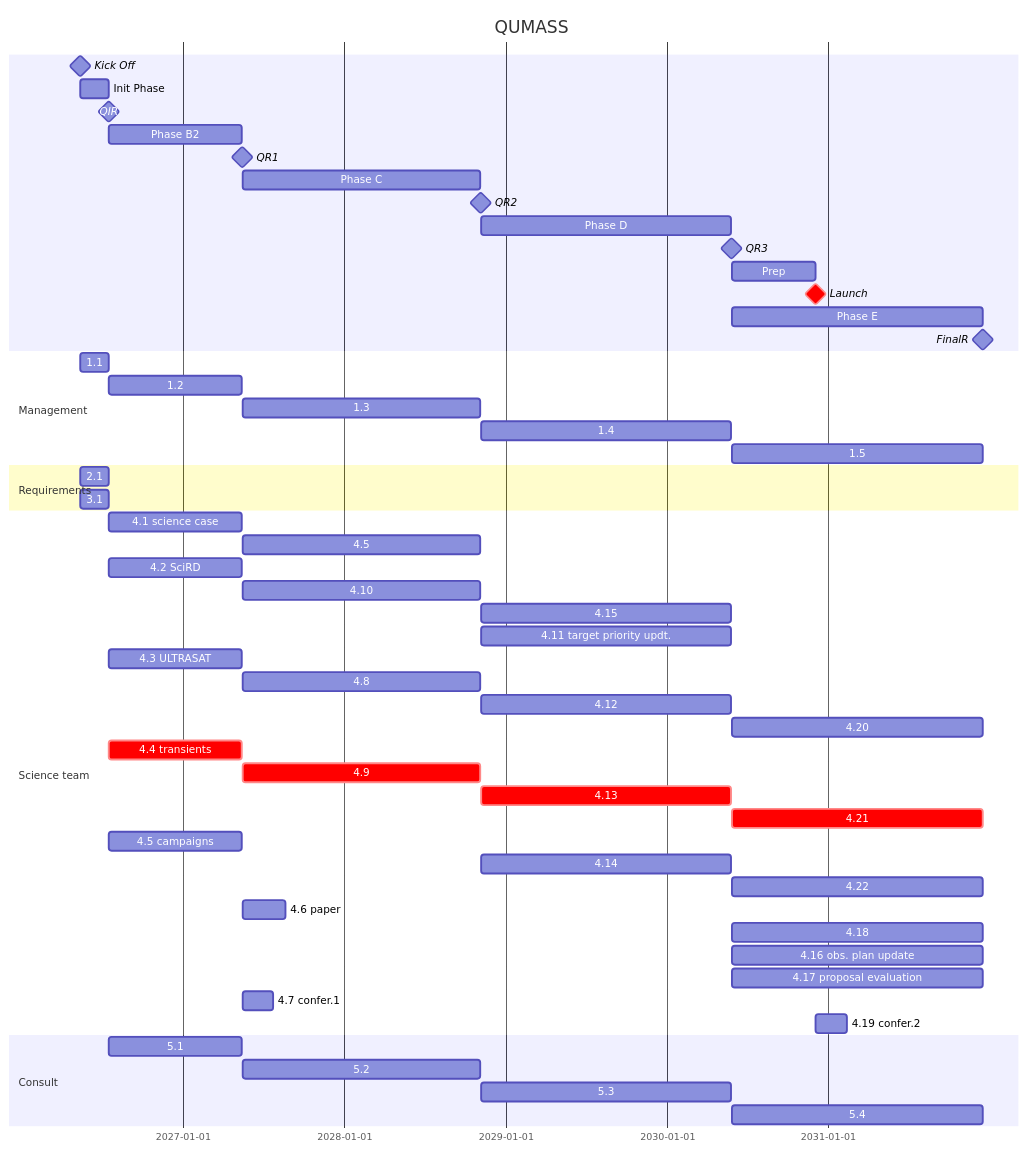
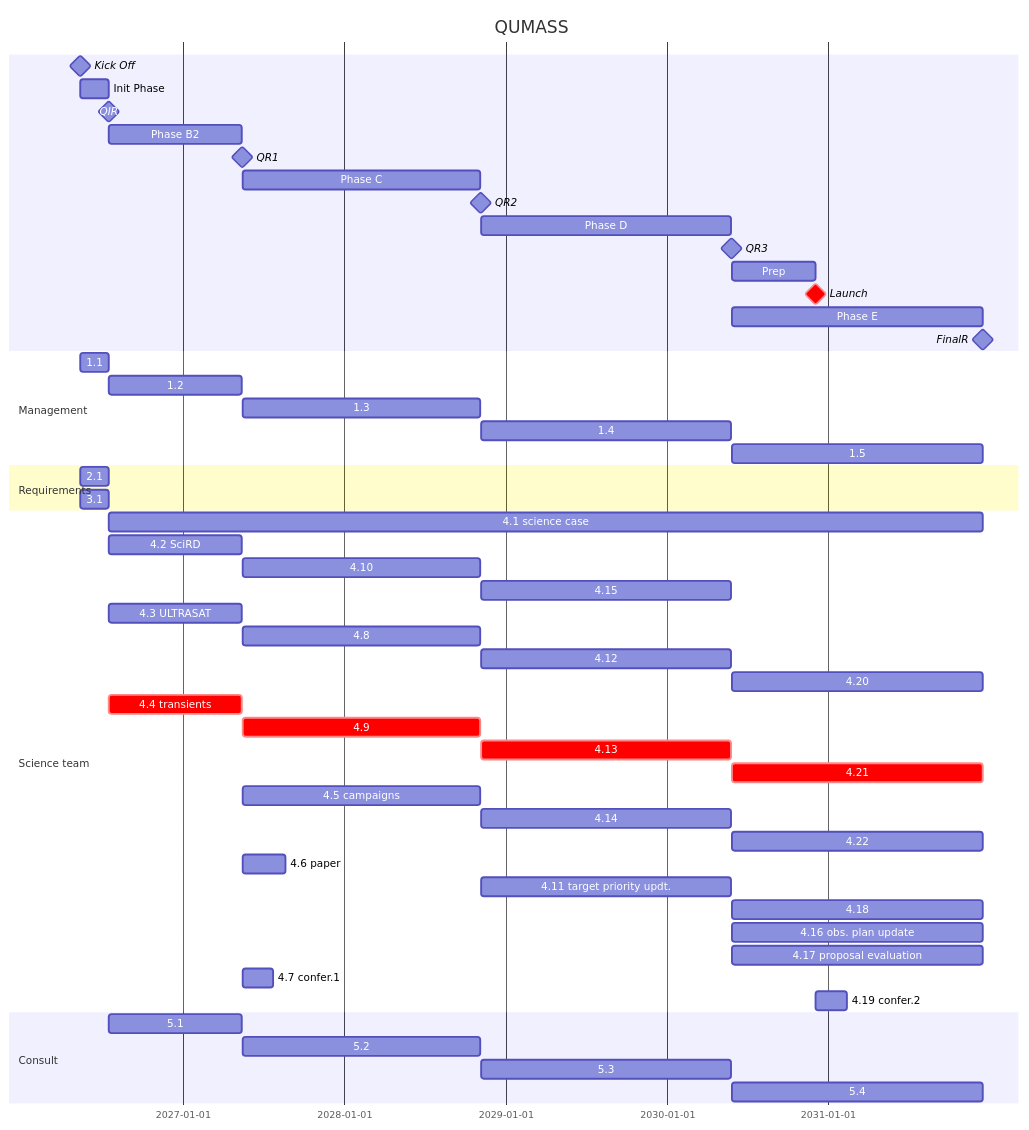
Before and after one commit to limu007/quvik: the diagram in calib/Science.md, drawn with Mermaid.

````diff
--- a/calib/Science.md
+++ b/calib/Science.md
@@ -1,58 +1,57 @@
 ```mermaid
 gantt
     title QUMASS
     dateFormat  YYYY-MM-DD
     Kick Off : milestone, ko, 2026-05-14, 1d
     Init Phase : b1, after ko, 9w
     QIR : milestone, ir, after b1, 1d
     Phase B2 : b2, after ir, 43w
     QR1 : milestone, pdr, after b2, 1d
     Phase C : c1, after pdr, 77w
     QR2 : milestone, cdr, after c1, 1d
     Phase D : d1, after cdr, 81w
     QR3 : milestone, far, after d1, 1d
     Prep : prep, after far, 27w
     Launch : crit, milestone, frr, after prep, 1d
     Phase E : e1, after far, 81w
     FinalR : milestone, fr, after e1, 1d
 
     section Management
     1.1 : after ko, until ir
     1.2 : after ir, until pdr
     1.3 : after pdr, until cdr
     1.4 : after cdr, until far
     1.5 : after far, until fr
     section Requirements
     2.1 : after ko, until ir
     3.1 : after ko, until ir
     section Science team
-    4.1 science case : after ir, until pdr
-    4.5 : after pdr, until cdr
+    4.1 science case : after ir, until fr
     4.2 SciRD : after ir, until pdr
     4.10 : after pdr, until cdr
     4.15 : after cdr, until far
-    4.11 target priority updt. : after cdr, until far
     4.3 ULTRASAT : after ir, until pdr
     4.8 : after pdr, until cdr
     4.12 : after cdr, until far
     4.20 : after far, until fr
     4.4 transients : crit, after ir, until pdr
     4.9 : crit, after pdr, until cdr
     4.13 : crit, after cdr, until far
     4.21 : crit, after far, until fr
-    4.5 campaigns : after ir, until pdr
+    4.5 campaigns : after pdr, until cdr
     4.14 : after cdr, until far
     4.22 : after far, until fr
     4.6 paper : after pdr, 14w
+    4.11 target priority updt. : after cdr, until far
     4.18 : after far, until fr
     4.16 obs. plan update : after far, until fr
     4.17 proposal evaluation : after far, until fr
     4.7 confer.1 : after pdr, 10w
     4.19 confer.2 : after frr, 10w
     section Consult
     5.1 : after ir, until pdr
     5.2 : after pdr, until cdr
     5.3 : after cdr, until far
     5.4 : after far, until fr
 
 ```
````
